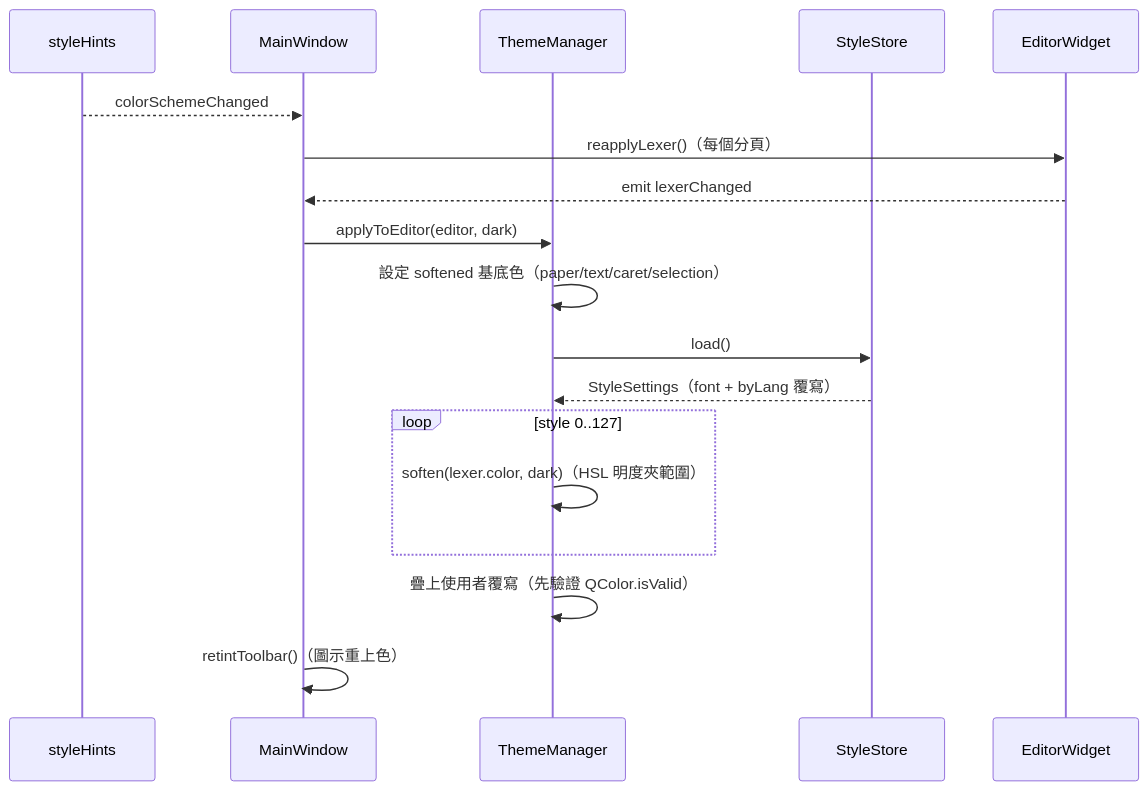
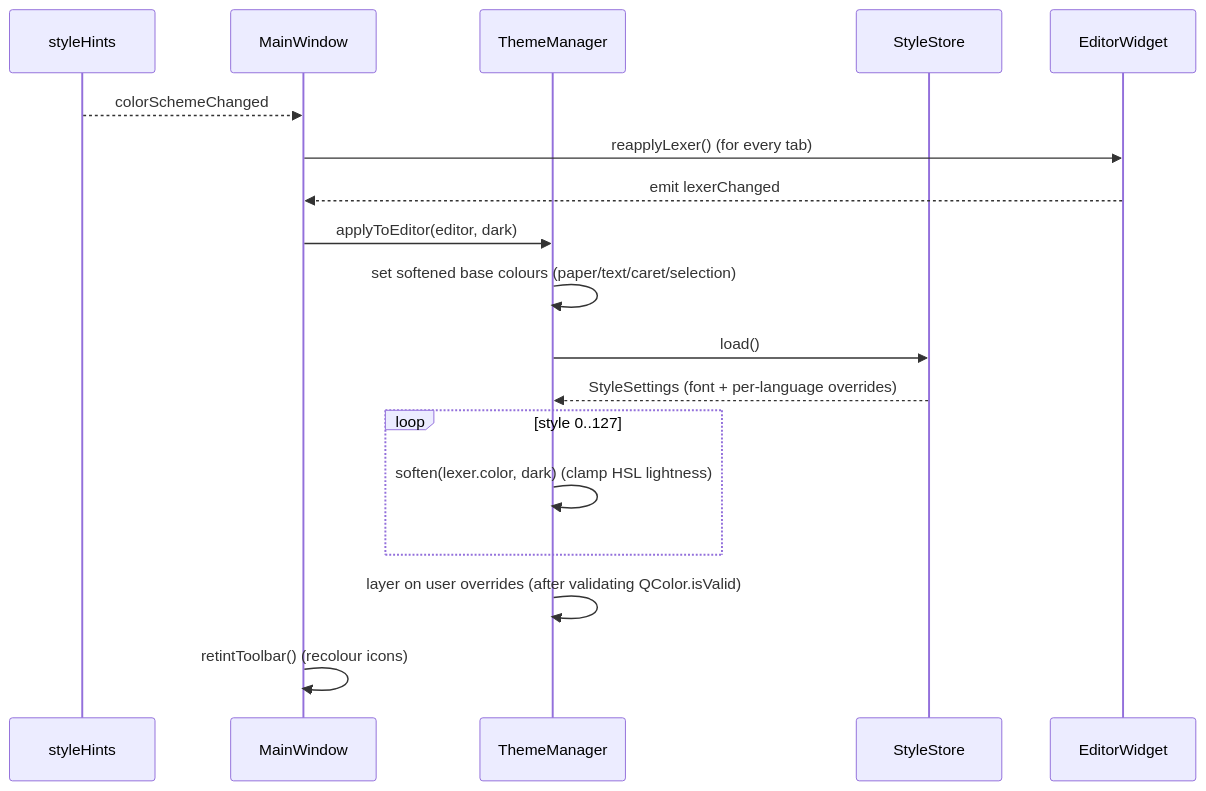
Diagram 16 of 23 in docs/design.md (EddyKuo/macpadpp), drawn with Mermaid before and after one commit. The commit also changed other lines of this file and 24 other files, not shown here.

````diff
--- a/docs/design.md
+++ b/docs/design.md
@@ -788,21 +816,21 @@
 ```mermaid
 sequenceDiagram
     participant Sys as styleHints
     participant MW as MainWindow
     participant TM as ThemeManager
     participant SS as StyleStore
     participant EW as EditorWidget
 
     Sys-->>MW: colorSchemeChanged
-    MW->>EW: reapplyLexer()（每個分頁）
+    MW->>EW: reapplyLexer() (for every tab)
     EW-->>MW: emit lexerChanged
     MW->>TM: applyToEditor(editor, dark)
-    TM->>TM: 設定 softened 基底色（paper/text/caret/selection）
+    TM->>TM: set softened base colours (paper/text/caret/selection)
     TM->>SS: load()
-    SS-->>TM: StyleSettings（font + byLang 覆寫）
+    SS-->>TM: StyleSettings (font + per-language overrides)
     loop style 0..127
-        TM->>TM: soften(lexer.color, dark)（HSL 明度夾範圍）
+        TM->>TM: soften(lexer.color, dark) (clamp HSL lightness)
     end
-    TM->>TM: 疊上使用者覆寫（先驗證 QColor.isValid）
-    MW->>MW: retintToolbar()（圖示重上色）
+    TM->>TM: layer on user overrides (after validating QColor.isValid)
+    MW->>MW: retintToolbar() (recolour icons)
 ```
````
